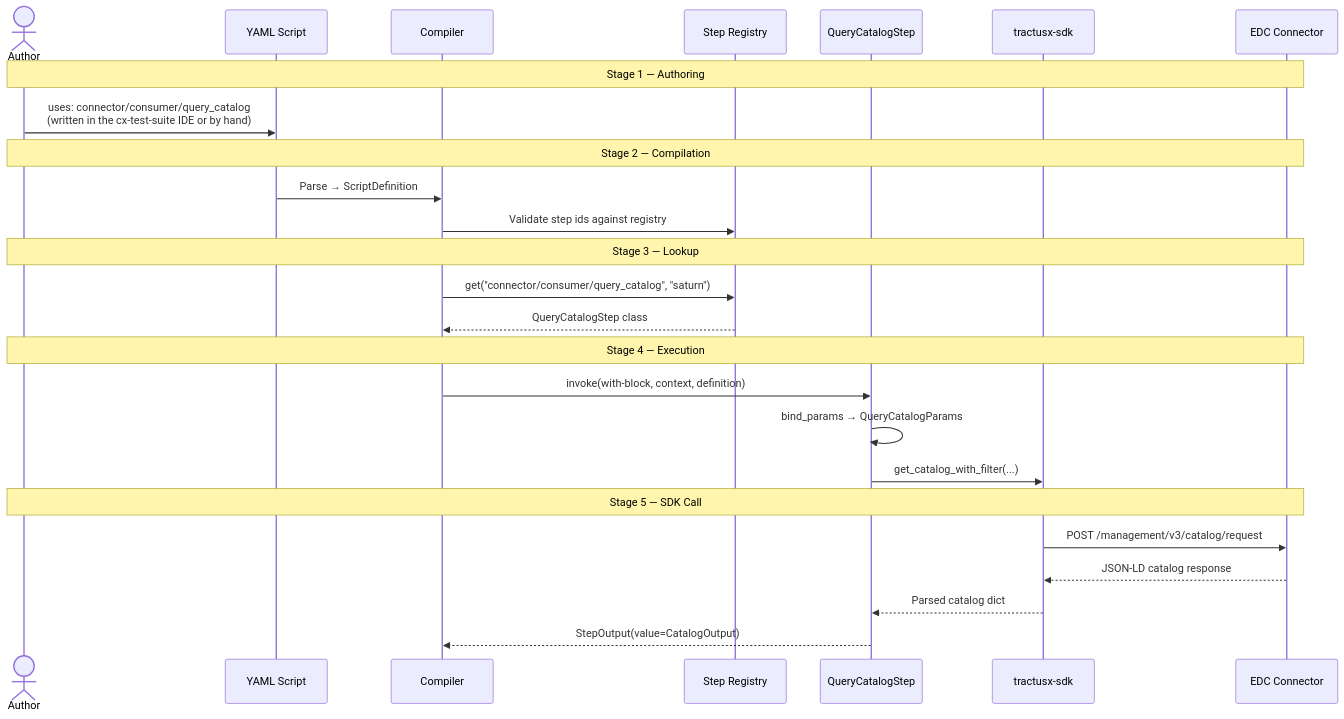
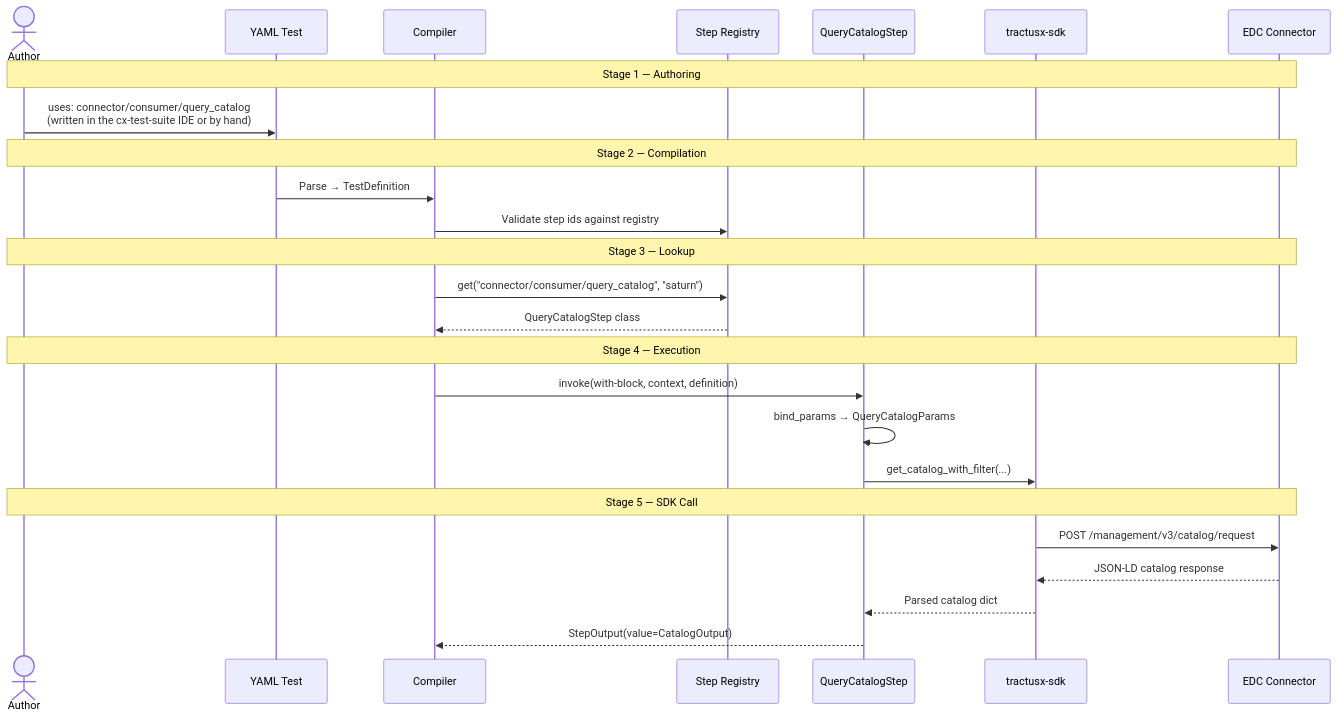
Before and after one commit to eclipse-tractusx/tractusx-testlab: the fourth of 5 diagrams in docs/developer/block-lifecycle.md, drawn with Mermaid. The commit also changed other lines of this file and 267 other files, not shown here.

````diff
--- a/docs/developer/block-lifecycle.md
+++ b/docs/developer/block-lifecycle.md
@@ -329,32 +329,32 @@
 ```mermaid
 sequenceDiagram
     actor Author
-    participant YAML as YAML Script
+    participant YAML as YAML Test
     participant Compiler as Compiler
     participant Registry as Step Registry
     participant Executor as QueryCatalogStep
     participant SDK as tractusx-sdk
     participant EDC as EDC Connector
 
     Note over Author,EDC: Stage 1 — Authoring
     Author->>YAML: uses: connector/consumer/query_catalog<br/>(written in the cx-test-suite IDE or by hand)
 
     Note over Author,EDC: Stage 2 — Compilation
-    YAML->>Compiler: Parse → ScriptDefinition
+    YAML->>Compiler: Parse → TestDefinition
     Compiler->>Registry: Validate step ids against registry
 
     Note over Author,EDC: Stage 3 — Lookup
     Compiler->>Registry: get("connector/consumer/query_catalog", "saturn")
     Registry-->>Compiler: QueryCatalogStep class
 
     Note over Author,EDC: Stage 4 — Execution
     Compiler->>Executor: invoke(with-block, context, definition)
     Executor->>Executor: bind_params → QueryCatalogParams
     Executor->>SDK: get_catalog_with_filter(...)
 
     Note over Author,EDC: Stage 5 — SDK Call
     SDK->>EDC: POST /management/v3/catalog/request
     EDC-->>SDK: JSON-LD catalog response
     SDK-->>Executor: Parsed catalog dict
     Executor-->>Compiler: StepOutput(value=CatalogOutput)
 ```
````
